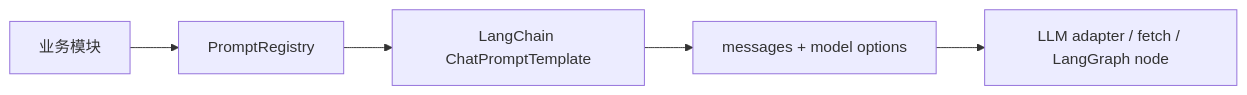
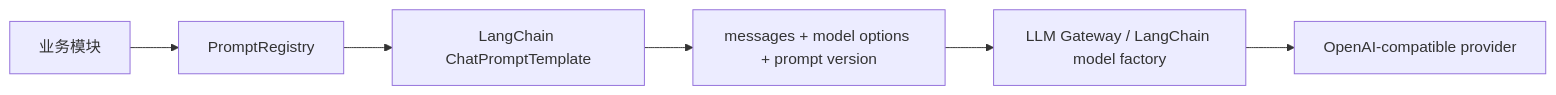
The diagram in docs/references/prompt-management.md (yi-man/hiring-agent), drawn with Mermaid before and after one commit. The commit also changed other lines of this file and 24 other files, not shown here.

Commit message:
refactor: unify llm calls and prompt registry

````diff
--- a/docs/references/prompt-management.md
+++ b/docs/references/prompt-management.md
@@ -44,7 +73,8 @@
 ```mermaid
 flowchart LR
   A["业务模块"] --> B["PromptRegistry"]
   B --> C["LangChain ChatPromptTemplate"]
-  C --> D["messages + model options"]
-  D --> E["LLM adapter / fetch / LangGraph node"]
+  C --> D["messages + model options + prompt version"]
+  D --> E["LLM Gateway / LangChain model factory"]
+  E --> F["OpenAI-compatible provider"]
 ```
````
